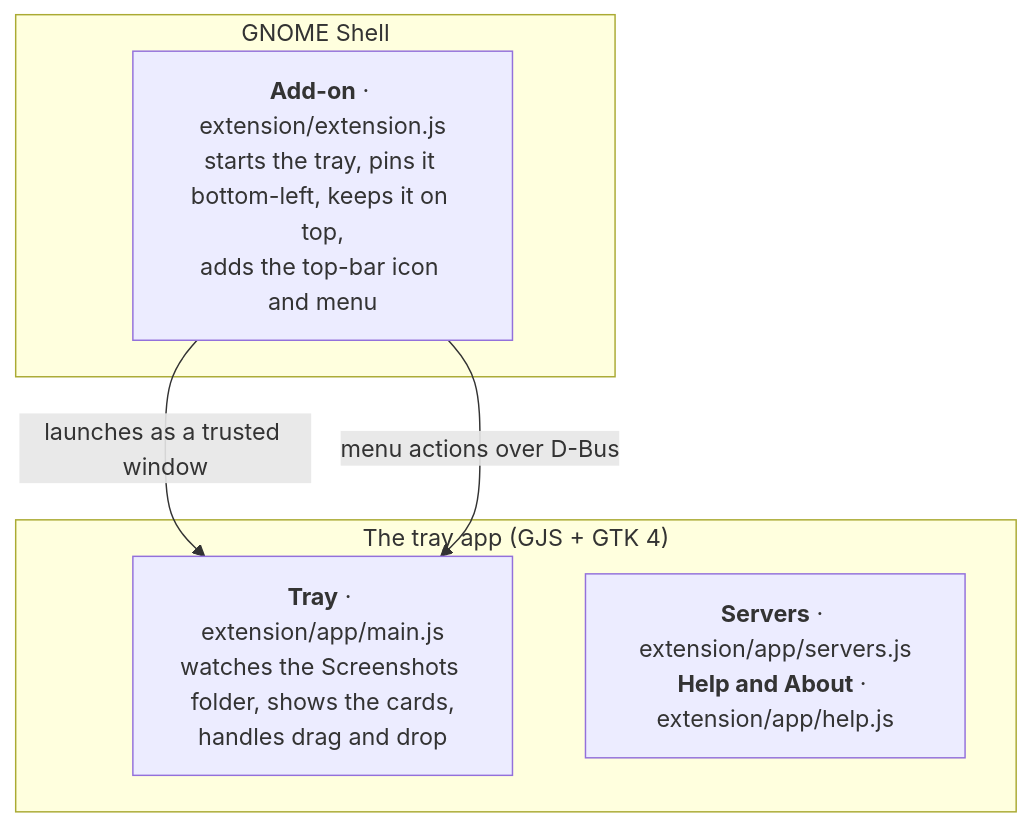
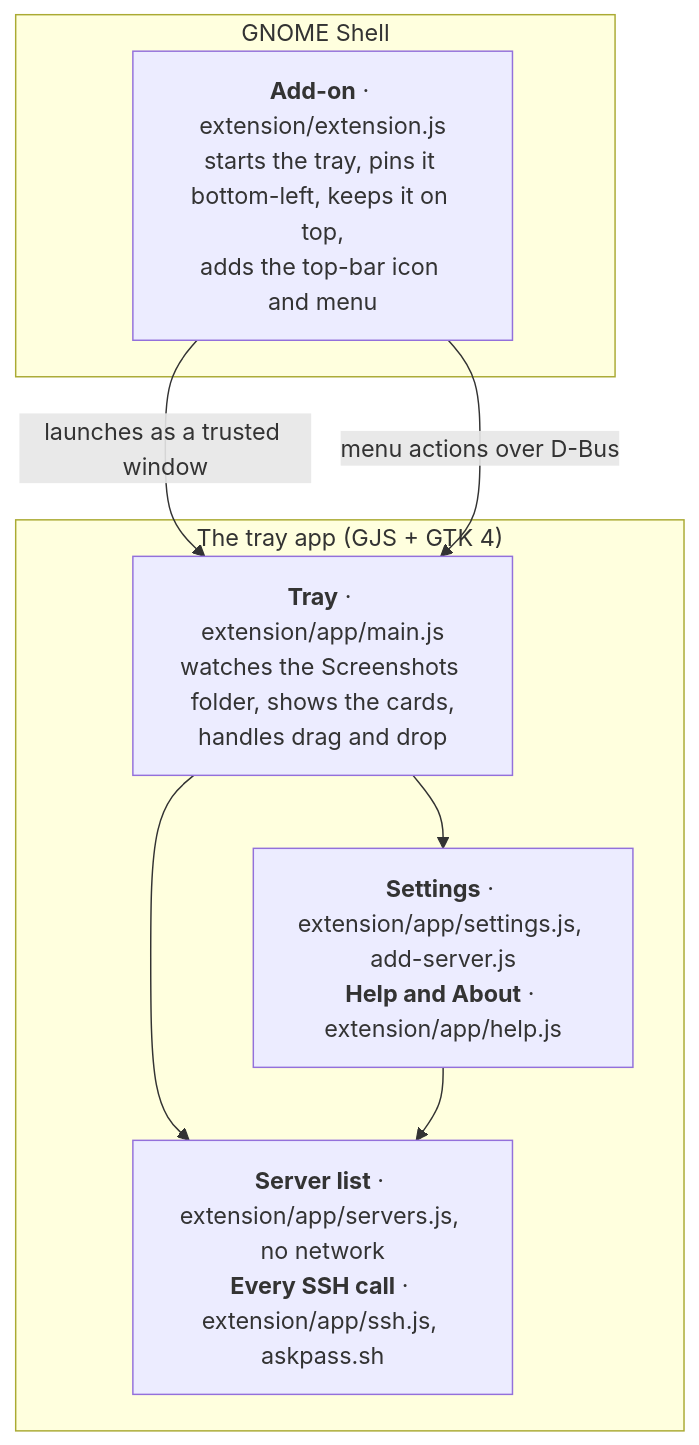
The diagram in README.md (romanlucian/screenshot-tray), drawn with Mermaid before and after one commit. The commit also changed other lines of this file and 2 other files, not shown here.

Commit message:
Show the new Settings window on the project page

````diff
--- a/README.md
+++ b/README.md
@@ -164,12 +187,16 @@
 ```mermaid
 flowchart TB
     subgraph shell ["GNOME Shell"]
         X["<b>Add-on</b> · extension/extension.js<br/>starts the tray, pins it bottom-left, keeps it on top,<br/>adds the top-bar icon and menu"]
     end
     subgraph app ["The tray app (GJS + GTK 4)"]
         Y["<b>Tray</b> · extension/app/main.js<br/>watches the Screenshots folder, shows the cards,<br/>handles drag and drop"]
-        Z["<b>Servers</b> · extension/app/servers.js<br/><b>Help and About</b> · extension/app/help.js"]
+        S["<b>Settings</b> · extension/app/settings.js, add-server.js<br/><b>Help and About</b> · extension/app/help.js"]
+        Z["<b>Server list</b> · extension/app/servers.js, no network<br/><b>Every SSH call</b> · extension/app/ssh.js, askpass.sh"]
     end
     X -- "launches as a trusted window" --> Y
     X -- "menu actions over D-Bus" --> Y
+    Y --> S
+    Y --> Z
+    S --> Z
 ```
````
